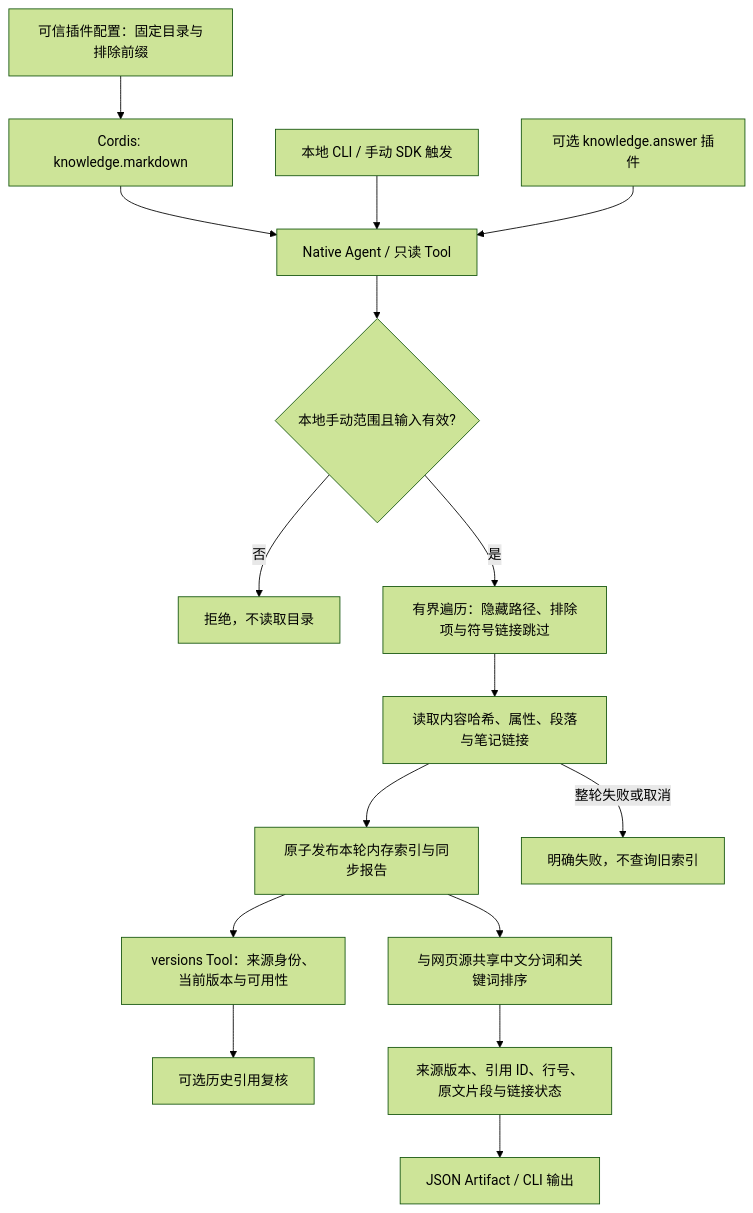
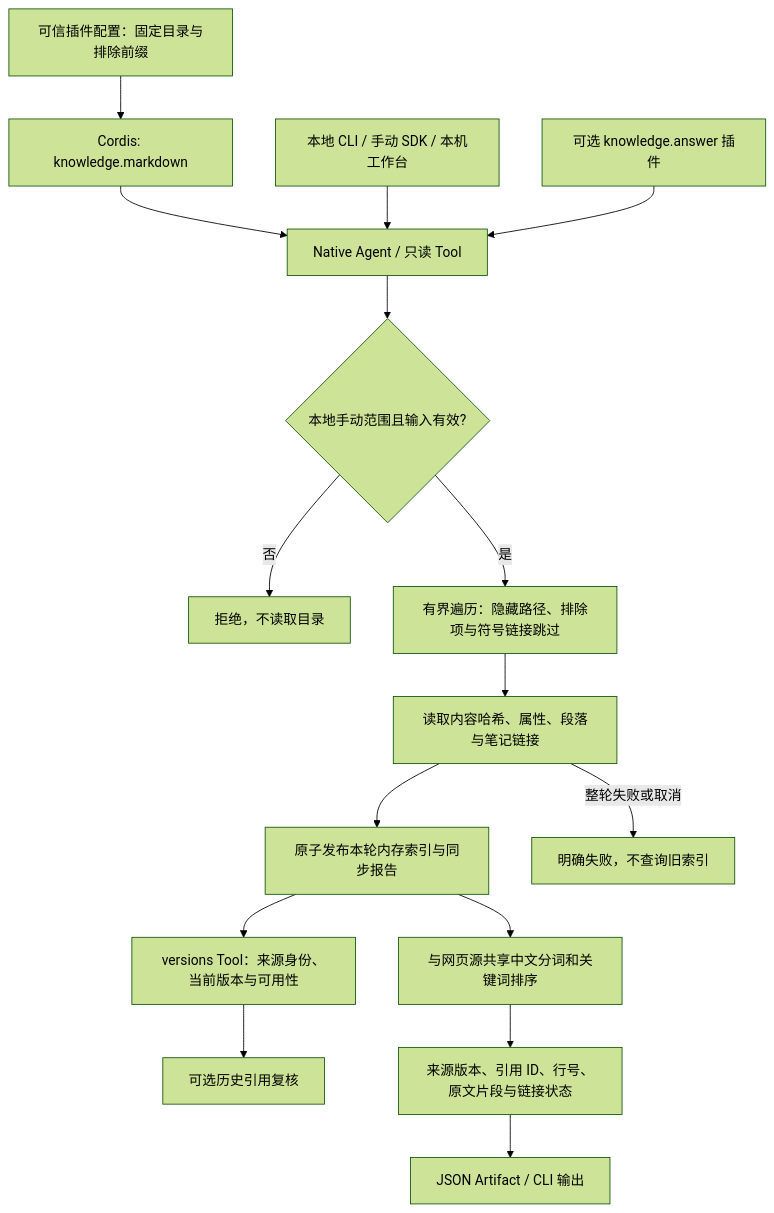
Before and after one commit to KlayPeter/AI-Delivery-Ops-Agent: the diagram in backend/src/knowledge/markdown/FEATURE.md, drawn with Mermaid (forest theme). The commit also changed other lines of this file and 36 other files, not shown here.

````diff
--- a/backend/src/knowledge/markdown/FEATURE.md
+++ b/backend/src/knowledge/markdown/FEATURE.md
@@ -22,18 +22,18 @@
 ```mermaid
 flowchart TD
     C[可信插件配置：固定目录与排除前缀] --> P[Cordis: knowledge.markdown]
     P --> N[Native Agent / 只读 Tool]
-    CLI[本地 CLI / 手动 SDK 触发] --> N
+    CLI[本地 CLI / 手动 SDK / 本机工作台] --> N
     RAG[可选 knowledge.answer 插件] --> N
     N --> S{本地手动范围且输入有效?}
     S -- 否 --> X[拒绝，不读取目录]
     S -- 是 --> W[有界遍历：隐藏路径、排除项与符号链接跳过]
     W --> V[读取内容哈希、属性、段落与笔记链接]
     V --> I[原子发布本轮内存索引与同步报告]
     V -- 整轮失败或取消 --> F[明确失败，不查询旧索引]
     I --> VT[versions Tool：来源身份、当前版本与可用性]
     VT --> IC[可选历史引用复核]
     I --> Q[与网页源共享中文分词和关键词排序]
     Q --> E[来源版本、引用 ID、行号、原文片段与链接状态]
     E --> A[JSON Artifact / CLI 输出]
 ```
````
